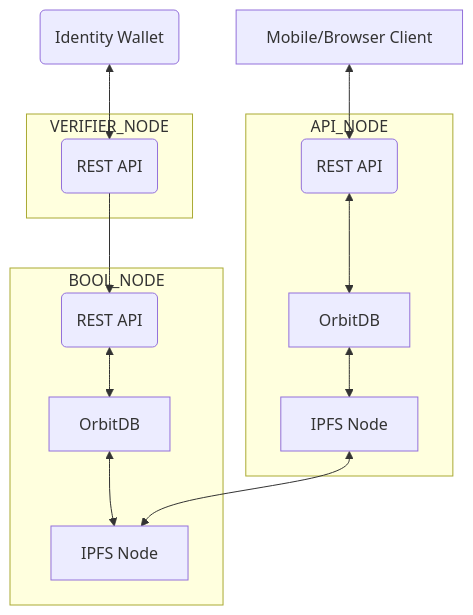
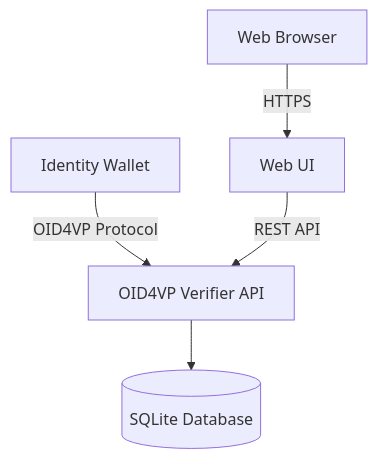
The diagram in README.md (OWND-Project/OWND-Project-VP), drawn with Mermaid before and after one commit. The commit also changed other lines of this file, not shown here.

First line of the commit message:
docs: rewrite README for current OID4VP Verifier architecture

````diff
--- a/README.md
+++ b/README.md
@@ -5,25 +7,7 @@
 ```mermaid
 graph TB
-    C[Mobile/Browser Client] <--> API2(REST API)
-    C2(Identity Wallet) <--> API3(REST API)
-    API3 --> API(REST API)
-    API <--> DB[OrbitDB]
-    API2 <--> DB2[OrbitDB]
-    DB <--> IPFS1[IPFS Node]
-    DB2 <--> IPFS2[IPFS Node]
-    IPFS2 <--> IPFS1
-
-    subgraph System[BOOL_NODE]
-        API
-        DB
-        IPFS1
-    end
-    subgraph System2[API_NODE]
-        API2
-        DB2
-        IPFS2
-    end
-    subgraph System3[VERIFIER_NODE]
-        API3
-    end
+    Client[Web Browser] -->|HTTPS| Web[Web UI]
+    Wallet[Identity Wallet] -->|OID4VP Protocol| API[OID4VP Verifier API]
+    Web -->|REST API| API
+    API --> DB[(SQLite Database)]
 ```
````
